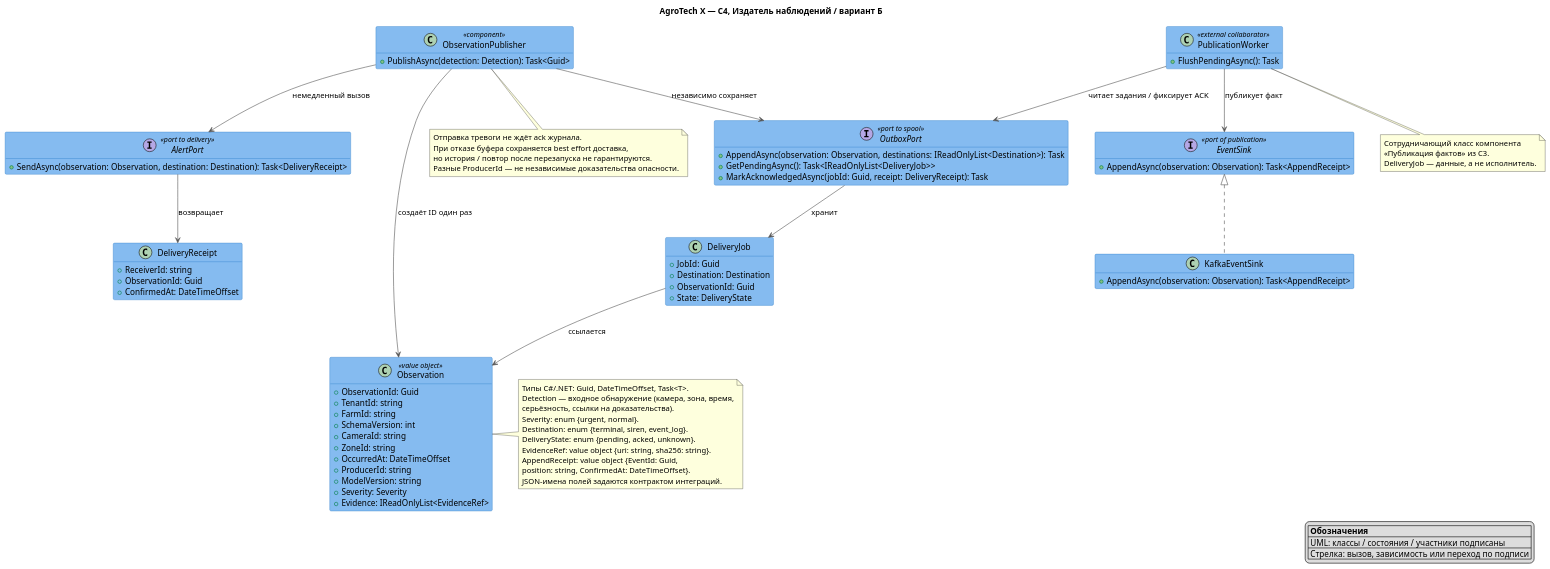
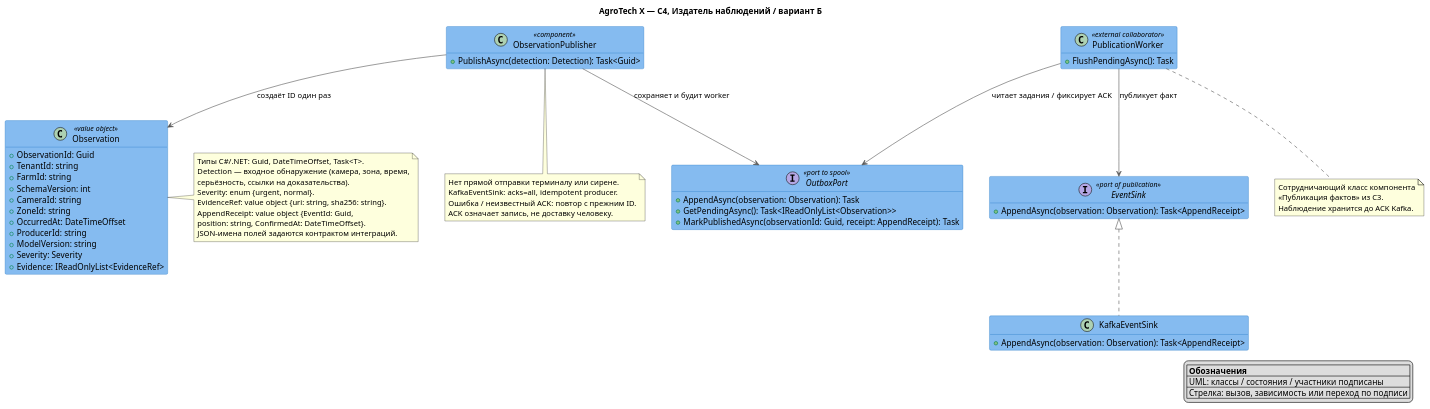
One commit to rozhkovsvyat/MSA-AgroTech changed the diagram in Task3/diagrams/c4-variant-b.puml. Above: the diagram before and after it, drawn with PlantUML. The commit also changed 48 other files, not shown here.

```diff
--- a/Task3/diagrams/c4-variant-b.puml
+++ b/Task3/diagrams/c4-variant-b.puml
@@ -1,97 +1,77 @@
 @startuml
 skinparam defaultFontName Arial
 skinparam dpi 110
 skinparam shadowing false
 skinparam classBackgroundColor #85BBF0
 skinparam classBorderColor #1168BD
 skinparam ArrowColor #555555
 skinparam nodesep 45
 skinparam ranksep 70
 hide empty members
 title AgroTech X — C4, Издатель наблюдений / вариант Б
 
 top to bottom direction
 class Observation <<value object>> {
  +ObservationId: Guid
  +TenantId: string
  +FarmId: string
  +SchemaVersion: int
  +CameraId: string
  +ZoneId: string
  +OccurredAt: DateTimeOffset
  +ProducerId: string
  +ModelVersion: string
  +Severity: Severity
  +Evidence: IReadOnlyList<EvidenceRef>
 }
 class ObservationPublisher <<component>> {
  +PublishAsync(detection: Detection): Task<Guid>
 }
-interface AlertPort <<port to delivery>> {
- +SendAsync(observation: Observation, destination: Destination): Task<DeliveryReceipt>
-}
 interface OutboxPort <<port to spool>> {
- +AppendAsync(observation: Observation, destinations: IReadOnlyList<Destination>): Task
- +GetPendingAsync(): Task<IReadOnlyList<DeliveryJob>>
- +MarkAcknowledgedAsync(jobId: Guid, receipt: DeliveryReceipt): Task
+ +AppendAsync(observation: Observation): Task
+ +GetPendingAsync(): Task<IReadOnlyList<Observation>>
+ +MarkPublishedAsync(observationId: Guid, receipt: AppendReceipt): Task
 }
 interface EventSink <<port of publication>> {
  +AppendAsync(observation: Observation): Task<AppendReceipt>
 }
 class KafkaEventSink {
   +AppendAsync(observation: Observation): Task<AppendReceipt>
 }
-class DeliveryJob {
- +JobId: Guid
- +Destination: Destination
- +ObservationId: Guid
- +State: DeliveryState
-}
-class DeliveryReceipt {
- +ReceiverId: string
- +ObservationId: Guid
- +ConfirmedAt: DateTimeOffset
-}
 ObservationPublisher --> Observation : создаёт ID один раз
-ObservationPublisher --> AlertPort : немедленный вызов
-ObservationPublisher --> OutboxPort : независимо сохраняет
-OutboxPort --> DeliveryJob : хранит
-DeliveryJob --> Observation : ссылается
-AlertPort --> DeliveryReceipt : возвращает
+ObservationPublisher --> OutboxPort : сохраняет и будит worker
 EventSink <|.. KafkaEventSink
 class PublicationWorker <<external collaborator>> {
  +FlushPendingAsync(): Task
 }
 PublicationWorker --> OutboxPort : читает задания / фиксирует ACK
 PublicationWorker --> EventSink : публикует факт
 note bottom of PublicationWorker
 Сотрудничающий класс компонента
 «Публикация фактов» из C3.
-DeliveryJob — данные, а не исполнитель.
+Наблюдение хранится до ACK Kafka.
 end note
 note bottom of ObservationPublisher
-Отправка тревоги не ждёт ack журнала.
-При отказе буфера сохраняется best effort доставка,
-но история / повтор после перезапуска не гарантируются.
-Разные ProducerId — не независимые доказательства опасности.
+Нет прямой отправки терминалу или сирене.
+KafkaEventSink: acks=all, idempotent producer.
+Ошибка / неизвестный ACK: повтор с прежним ID.
+ACK означает запись, не доставку человеку.
 end note
 
 note right of Observation
 Типы C#/.NET: Guid, DateTimeOffset, Task<T>.
 Detection — входное обнаружение (камера, зона, время,
 серьёзность, ссылки на доказательства).
 Severity: enum {urgent, normal}.
-Destination: enum {terminal, siren, event_log}.
-DeliveryState: enum {pending, acked, unknown}.
 EvidenceRef: value object {uri: string, sha256: string}.
 AppendReceipt: value object {EventId: Guid,
 position: string, ConfirmedAt: DateTimeOffset}.
 JSON-имена полей задаются контрактом интеграций.
 end note
 
 legend right
 |= Обозначения |
 | UML: классы / состояния / участники подписаны |
 | Стрелка: вызов, зависимость или переход по подписи |
 endlegend
 @enduml
```
